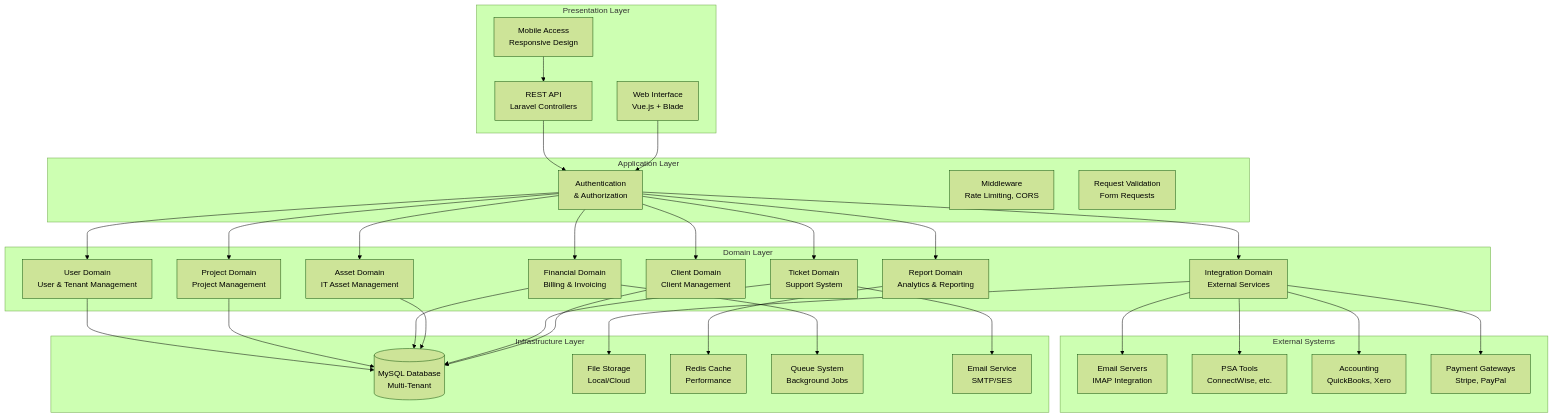
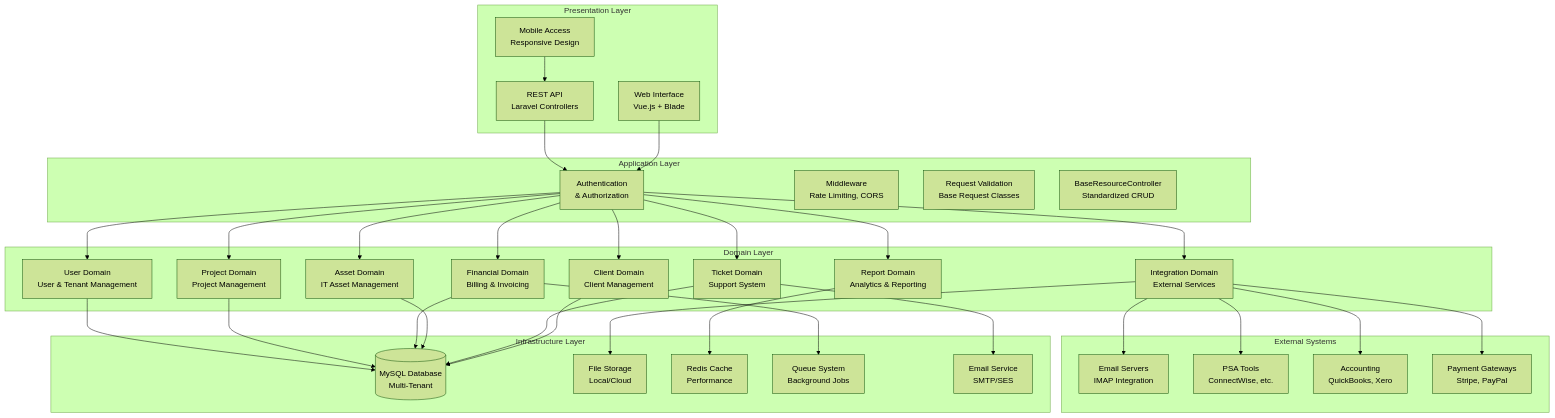
The first of 2 diagrams in docs/architecture/system-overview.md (FoleyBridge-Solutions/Nestogy), drawn with Mermaid (forest theme) before and after one commit. The commit also changed other lines of this file and 1099 other files, not shown here.

````diff
--- a/docs/architecture/system-overview.md
+++ b/docs/architecture/system-overview.md
@@ -9,71 +9,72 @@
 ```mermaid
 graph TB
     subgraph "Presentation Layer"
         WEB[Web Interface<br/>Vue.js + Blade]
         API[REST API<br/>Laravel Controllers]
         MOBILE[Mobile Access<br/>Responsive Design]
     end
     
     subgraph "Application Layer"
         AUTH[Authentication<br/>& Authorization]
         MIDDLEWARE[Middleware<br/>Rate Limiting, CORS]
-        VALIDATION[Request Validation<br/>Form Requests]
+        VALIDATION[Request Validation<br/>Base Request Classes]
+        BASECONTROLLER[BaseResourceController<br/>Standardized CRUD]
     end
     
     subgraph "Domain Layer"
         CLIENT[Client Domain<br/>Client Management]
         TICKET[Ticket Domain<br/>Support System]
         ASSET[Asset Domain<br/>IT Asset Management]
         FINANCIAL[Financial Domain<br/>Billing & Invoicing]
         PROJECT[Project Domain<br/>Project Management]
         USER[User Domain<br/>User & Tenant Management]
         INTEGRATION[Integration Domain<br/>External Services]
         REPORT[Report Domain<br/>Analytics & Reporting]
     end
     
     subgraph "Infrastructure Layer"
         DATABASE[(MySQL Database<br/>Multi-Tenant)]
         STORAGE[File Storage<br/>Local/Cloud]
         CACHE[Redis Cache<br/>Performance]
         QUEUE[Queue System<br/>Background Jobs]
         EMAIL[Email Service<br/>SMTP/SES]
     end
     
     subgraph "External Systems"
         IMAP[Email Servers<br/>IMAP Integration]
         PSA[PSA Tools<br/>ConnectWise, etc.]
         ACCOUNTING[Accounting<br/>QuickBooks, Xero]
         PAYMENT[Payment Gateways<br/>Stripe, PayPal]
     end
     
     %% Connections
     WEB --> AUTH
     API --> AUTH
     MOBILE --> API
     
     AUTH --> CLIENT
     AUTH --> TICKET
     AUTH --> ASSET
     AUTH --> FINANCIAL
     AUTH --> PROJECT
     AUTH --> USER
     AUTH --> INTEGRATION
     AUTH --> REPORT
     
     CLIENT --> DATABASE
     TICKET --> DATABASE
     ASSET --> DATABASE
     FINANCIAL --> DATABASE
     PROJECT --> DATABASE
     USER --> DATABASE
     
     INTEGRATION --> IMAP
     INTEGRATION --> PSA
     INTEGRATION --> ACCOUNTING
     INTEGRATION --> PAYMENT
     
     FINANCIAL --> QUEUE
     TICKET --> EMAIL
     INTEGRATION --> STORAGE
     REPORT --> CACHE
 ```
````
